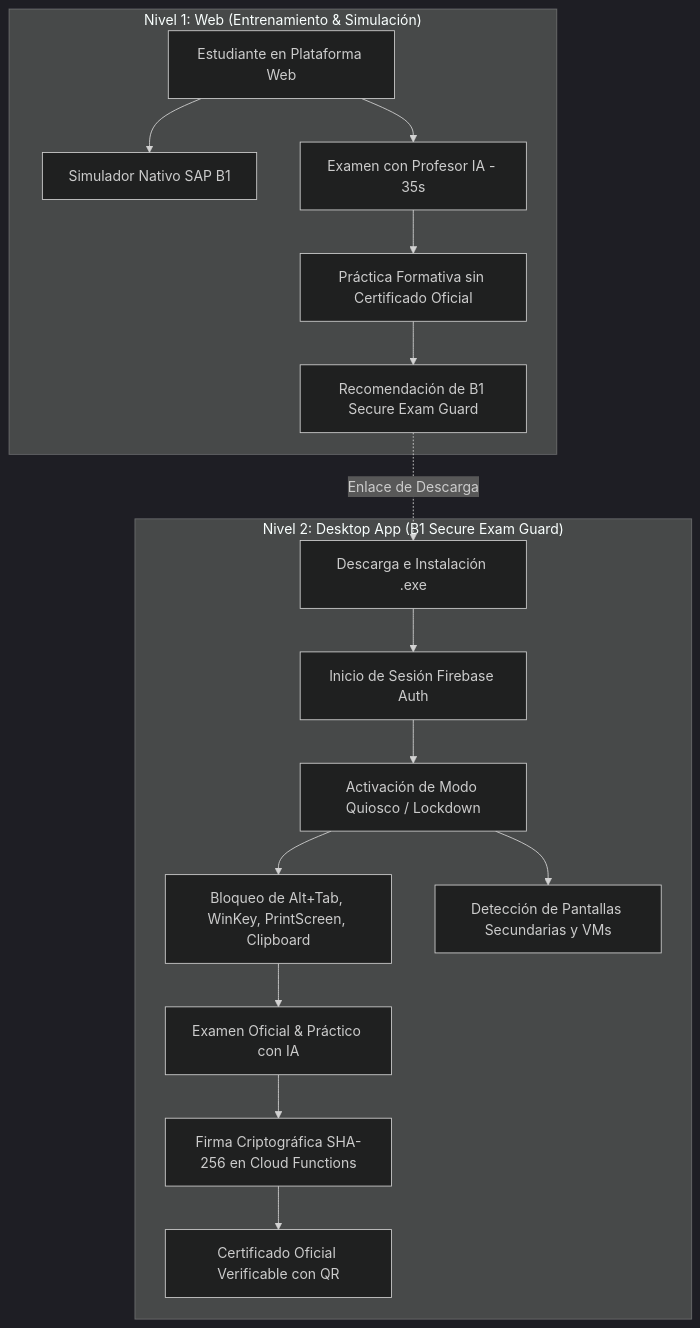
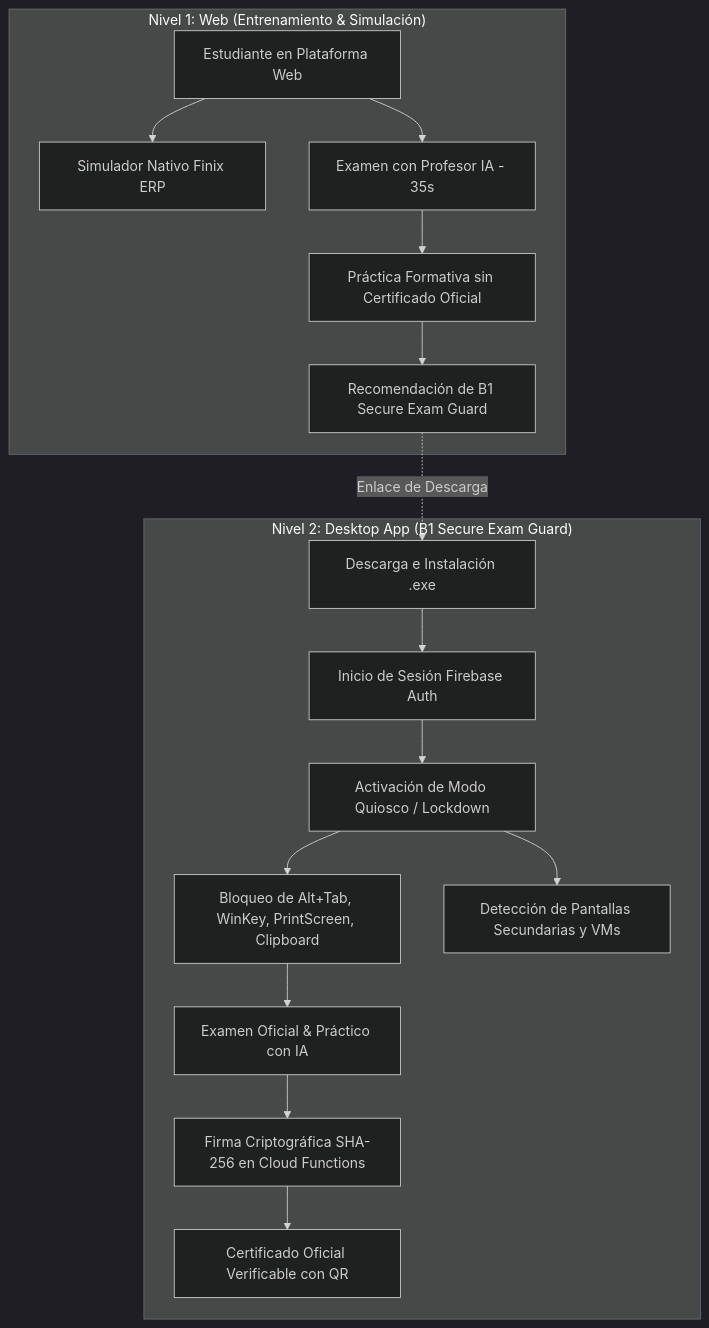
The first of 2 diagrams in docs/08_B1_Secure_Exam_App.md (pablofgarciaf/B1-ACADEMY), drawn with Mermaid (dark theme) before and after one commit. The commit also changed other lines of this file and 4125 other files, not shown here.

````diff
--- a/docs/08_B1_Secure_Exam_App.md
+++ b/docs/08_B1_Secure_Exam_App.md
@@ -15,21 +15,21 @@
 ```mermaid
 graph TD
     subgraph "Nivel 1: Web (Entrenamiento & Simulación)"
-        A[Estudiante en Plataforma Web] --> B[Simulador Nativo SAP B1]
+        A[Estudiante en Plataforma Web] --> B[Simulador Nativo Finix ERP]
         A --> C[Examen con Profesor IA - 35s]
         C --> D[Práctica Formativa sin Certificado Oficial]
         D --> E[Recomendación de B1 Secure Exam Guard]
     end
 
     subgraph "Nivel 2: Desktop App (B1 Secure Exam Guard)"
         F[Descarga e Instalación .exe] --> G[Inicio de Sesión Firebase Auth]
         G --> H[Activación de Modo Quiosco / Lockdown]
         H --> I[Bloqueo de Alt+Tab, WinKey, PrintScreen, Clipboard]
         H --> J[Detección de Pantallas Secundarias y VMs]
         I --> K[Examen Oficial & Práctico con IA]
         K --> L[Firma Criptográfica SHA-256 en Cloud Functions]
         L --> M[Certificado Oficial Verificable con QR]
     end
 
     E -.->|Enlace de Descarga| F
 ```
````
